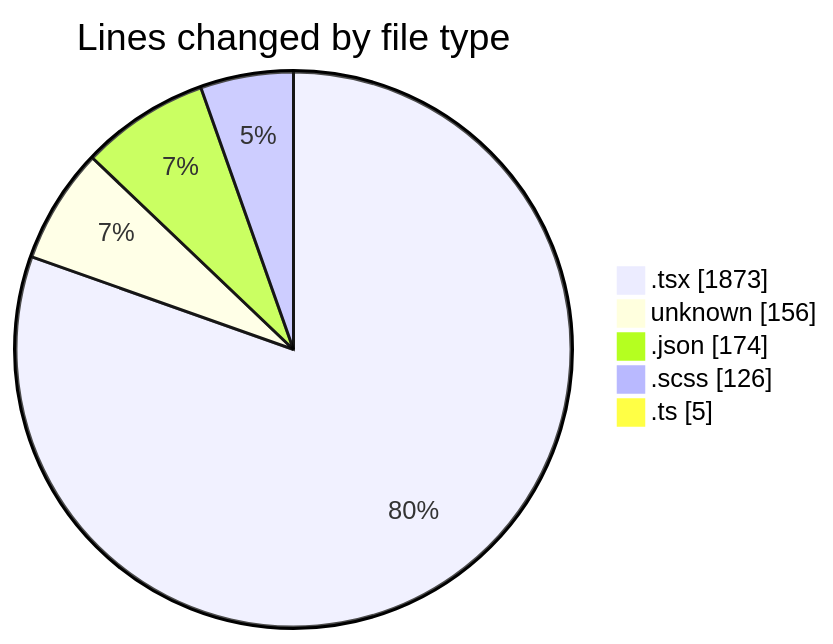
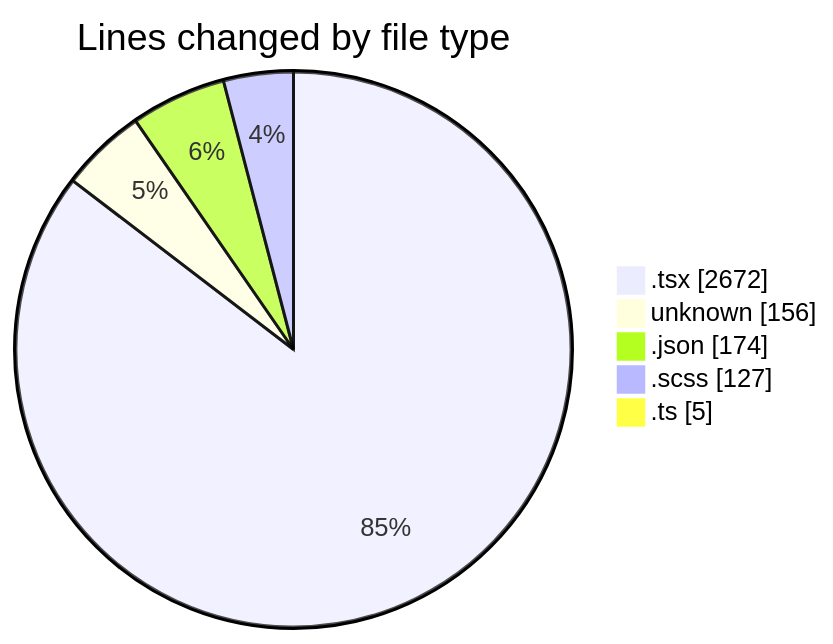
The first of 2 diagrams in 2026-09-28/cda/README.md (momahboobian/code-tracking), drawn with Mermaid before and after one commit. The commit also changed other lines of this file and 1 other file, not shown here.

````diff
--- a/2026-09-28/cda/README.md
+++ b/2026-09-28/cda/README.md
@@ -33,9 +34,9 @@
 ```mermaid
 pie showData
 title Lines changed by file type
-".tsx" : 1873
+".tsx" : 2672
 "unknown" : 156
 ".json" : 174
-".scss" : 126
+".scss" : 127
 ".ts" : 5
 ```
````
